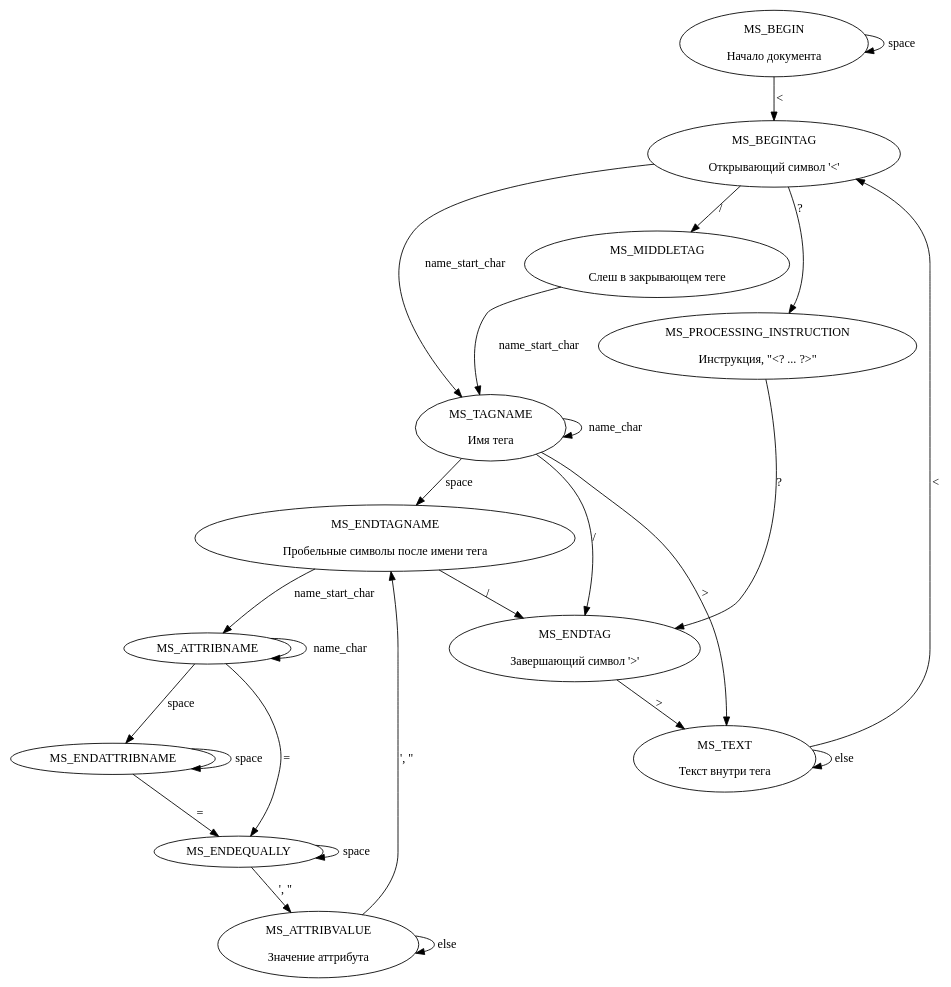
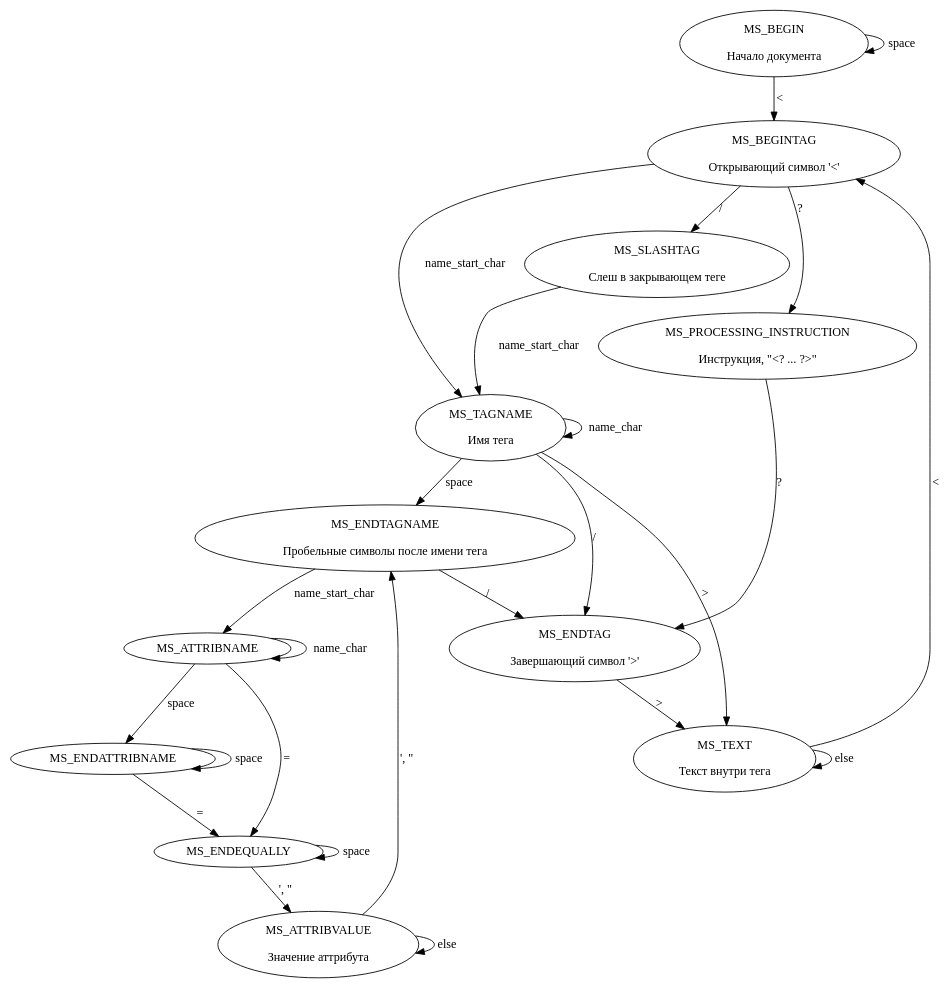
Before and after one commit to borman/helium: the diagram in xml/docs/state_machine.dot, drawn with Graphviz. The commit also changed 3 other files, not shown here.

```diff
--- a/xml/docs/state_machine.dot
+++ b/xml/docs/state_machine.dot
@@ -1,47 +1,47 @@
 digraph SM {
   MS_BEGIN [label="\N\n\nНачало документа"];
   MS_BEGIN -> MS_BEGINTAG [label="<"];
   MS_BEGIN -> MS_BEGIN [label="space"];
 
   MS_BEGINTAG [label="\N\n\nОткрывающий символ '<'"];
-  MS_BEGINTAG -> MS_MIDDLETAG [label="/"];
+  MS_BEGINTAG -> MS_SLASHTAG [label="/"];
   MS_BEGINTAG -> MS_PROCESSING_INSTRUCTION [label="?"];
   MS_BEGINTAG -> MS_TAGNAME [label="name_start_char"];
 
   MS_PROCESSING_INSTRUCTION [label="\N\n\nИнструкция, \"<? ... ?>\""];
   MS_PROCESSING_INSTRUCTION -> MS_ENDTAG [label="?"];
 
-  MS_MIDDLETAG [label="\N\n\nСлеш в закрывающем теге"];
-  MS_MIDDLETAG -> MS_TAGNAME [label="name_start_char"];
+  MS_SLASHTAG [label="\N\n\nСлеш в закрывающем теге"];
+  MS_SLASHTAG -> MS_TAGNAME [label="name_start_char"];
 
   MS_TAGNAME [label="\N\n\nИмя тега"];
   MS_TAGNAME -> MS_ENDTAGNAME [label="space"];
   MS_TAGNAME -> MS_TEXT [label=">"];
   MS_TAGNAME -> MS_ENDTAG [label="/"];
   MS_TAGNAME -> MS_TAGNAME [label="name_char"];
 
   MS_ENDTAGNAME [label="\N\n\nПробельные символы после имени тега"];
   MS_ENDTAGNAME -> MS_ATTRIBNAME [label="name_start_char"];
   MS_ENDTAGNAME -> MS_ENDTAG [label="/"];
 
   MS_ATTRIBNAME -> MS_ENDATTRIBNAME [label="space"];
   MS_ATTRIBNAME -> MS_ENDEQUALLY [label="="];  
   MS_ATTRIBNAME -> MS_ATTRIBNAME [label="name_char"];
   
   MS_ENDATTRIBNAME -> MS_ENDEQUALLY [label="="];
   MS_ENDATTRIBNAME -> MS_ENDATTRIBNAME [label="space"];
 
   MS_ENDEQUALLY -> MS_ATTRIBVALUE [label="', \""];
   MS_ENDEQUALLY -> MS_ENDEQUALLY [label="space"];
   
   MS_ATTRIBVALUE [label="\N\n\nЗначение аттрибута"];
   MS_ATTRIBVALUE -> MS_ENDTAGNAME [label="', \""];
   MS_ATTRIBVALUE -> MS_ATTRIBVALUE [label="else"];
 
   MS_ENDTAG[label="\N\n\nЗавершающий символ '>'"];
   MS_ENDTAG -> MS_TEXT [label=">"];
   
   MS_TEXT [label="\N\n\nТекст внутри тега"];
   MS_TEXT -> MS_BEGINTAG [label="<"];
   MS_TEXT -> MS_TEXT [label="else"];
 }
```
